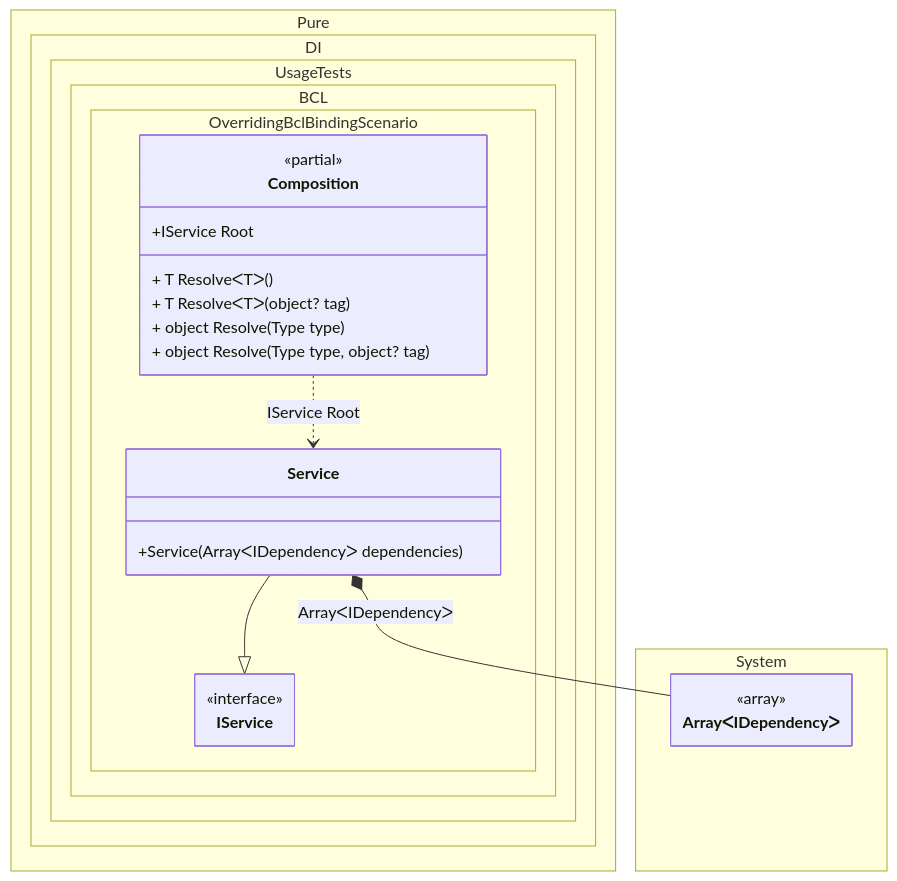
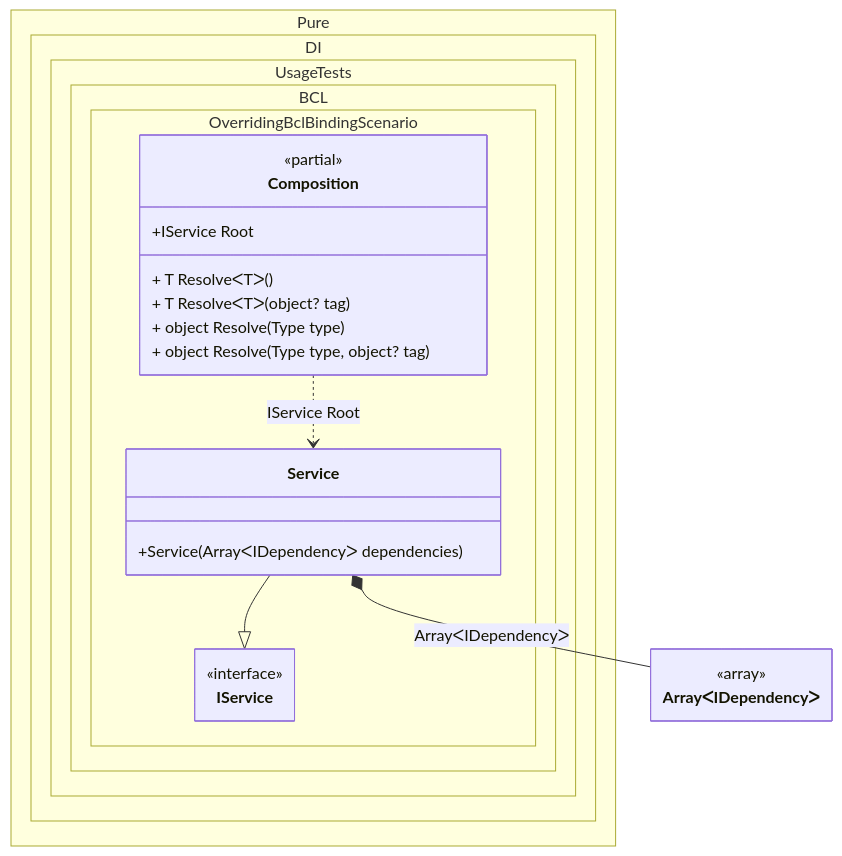
Before and after one commit to DevTeam/Pure.DI: the diagram in readme/overriding-the-bcl-binding.md, drawn with Mermaid. The commit also changed 5 other files, not shown here.

Commit message:
Improved class diagrams

````diff
--- a/readme/overriding-the-bcl-binding.md
+++ b/readme/overriding-the-bcl-binding.md
@@ -196,32 +196,30 @@
 ```mermaid
 ---
  config:
   class:
    hideEmptyMembersBox: true
 ---
 classDiagram
 	Service --|> IService
 	Composition ..> Service : IService Root
 	Service *--  ArrayᐸIDependencyᐳ : ArrayᐸIDependencyᐳ
+	class ArrayᐸIDependencyᐳ {
+			<<array>>
+	}
 	namespace Pure.DI.UsageTests.BCL.OverridingBclBindingScenario {
 		class Composition {
 		<<partial>>
 		+IService Root
 		+ T ResolveᐸTᐳ()
 		+ T ResolveᐸTᐳ(object? tag)
 		+ object Resolve(Type type)
 		+ object Resolve(Type type, object? tag)
 		}
 		class IService {
 			<<interface>>
 		}
 		class Service {
 			+Service(ArrayᐸIDependencyᐳ dependencies)
 		}
 	}
-	namespace System {
-		class ArrayᐸIDependencyᐳ {
-				<<array>>
-		}
-	}
 ```
````
